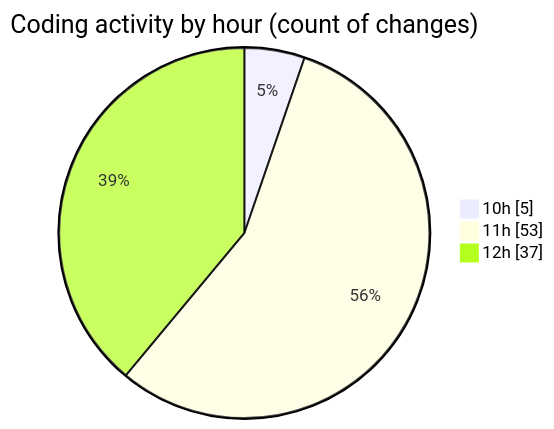
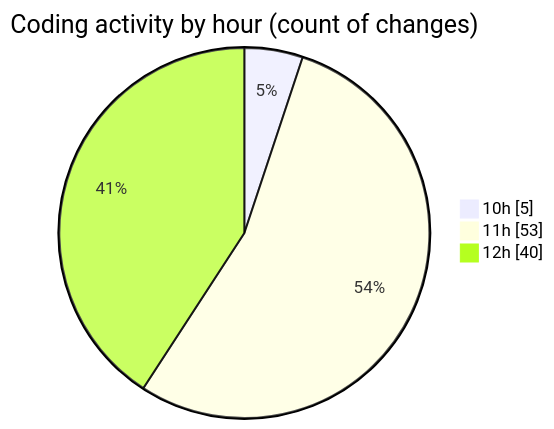
The second of 2 diagrams in 2025-06-17/cda/README.md (momahboobian/code-tracking), drawn with Mermaid before and after one commit. The commit also changed other lines of this file and 1 other file, not shown here.

````diff
--- a/2025-06-17/cda/README.md
+++ b/2025-06-17/cda/README.md
@@ -32,7 +32,7 @@
 ```mermaid
 pie showData
 title Coding activity by hour (count of changes)
 "10h" : 5
 "11h" : 53
-"12h" : 37
+"12h" : 40
 ```
````
